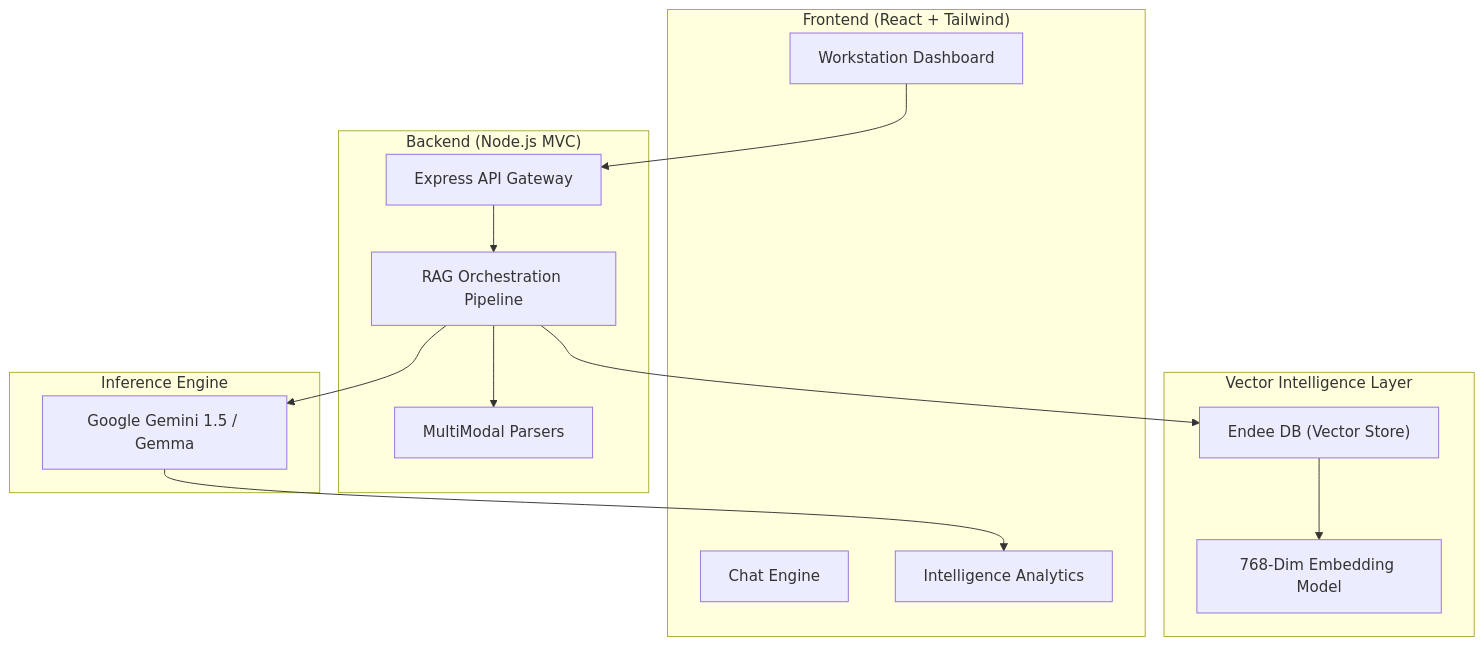
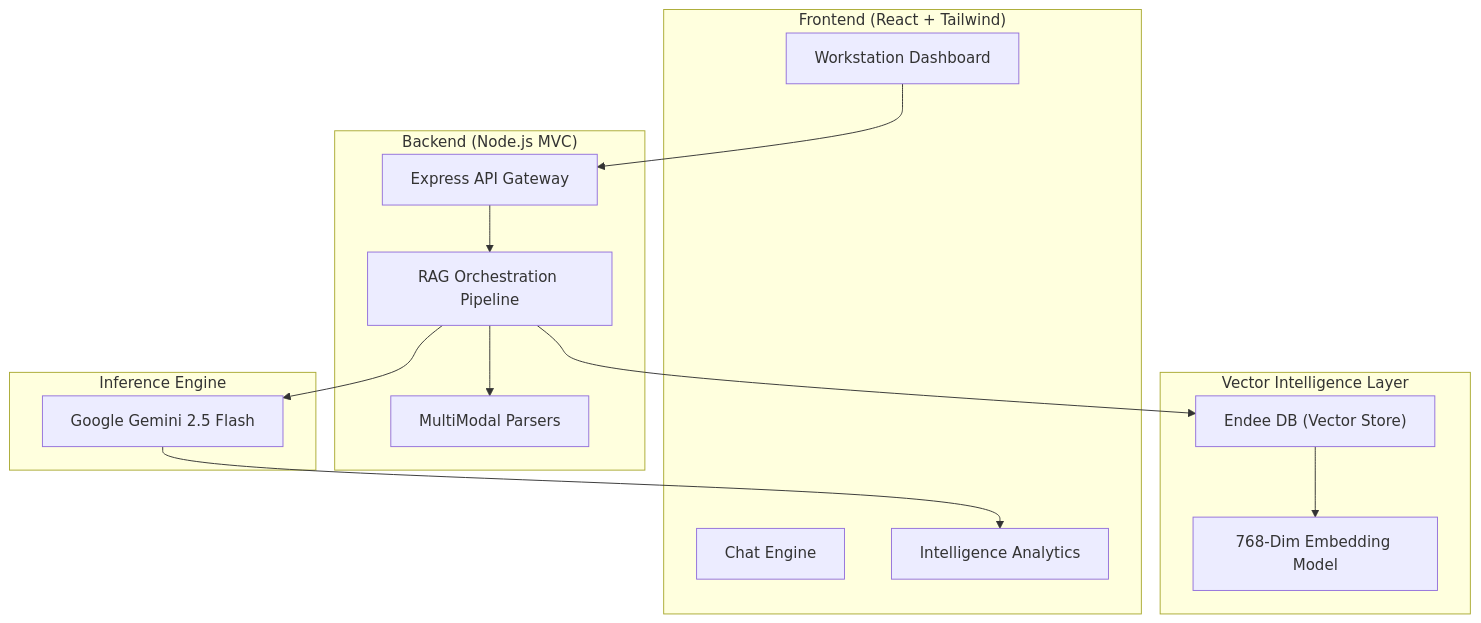
The diagram in README.md (Barath-cse/MM-RAG-E), drawn with Mermaid before and after one commit. The commit also changed other lines of this file and 34 other files, not shown here.

````diff
--- a/README.md
+++ b/README.md
@@ -16,31 +16,31 @@
 ```mermaid
 graph TD
     subgraph "Frontend (React + Tailwind)"
         UI["Workstation Dashboard"]
         CH["Chat Engine"]
         AN["Intelligence Analytics"]
     end
 
     subgraph "Backend (Node.js MVC)"
         API["Express API Gateway"]
         PL["RAG Orchestration Pipeline"]
         PR["MultiModal Parsers"]
     end
 
     subgraph "Vector Intelligence Layer"
         EN["Endee DB (Vector Store)"]
         EM["768-Dim Embedding Model"]
     end
 
     subgraph "Inference Engine"
-        GM["Google Gemini 1.5 / Gemma"]
+        GM["Google Gemini 2.5 Flash"]
     end
 
     UI --> API
     API --> PL
     PL --> PR
     PL --> EN
     EN --> EM
     PL --> GM
     GM --> AN
 ```
````
